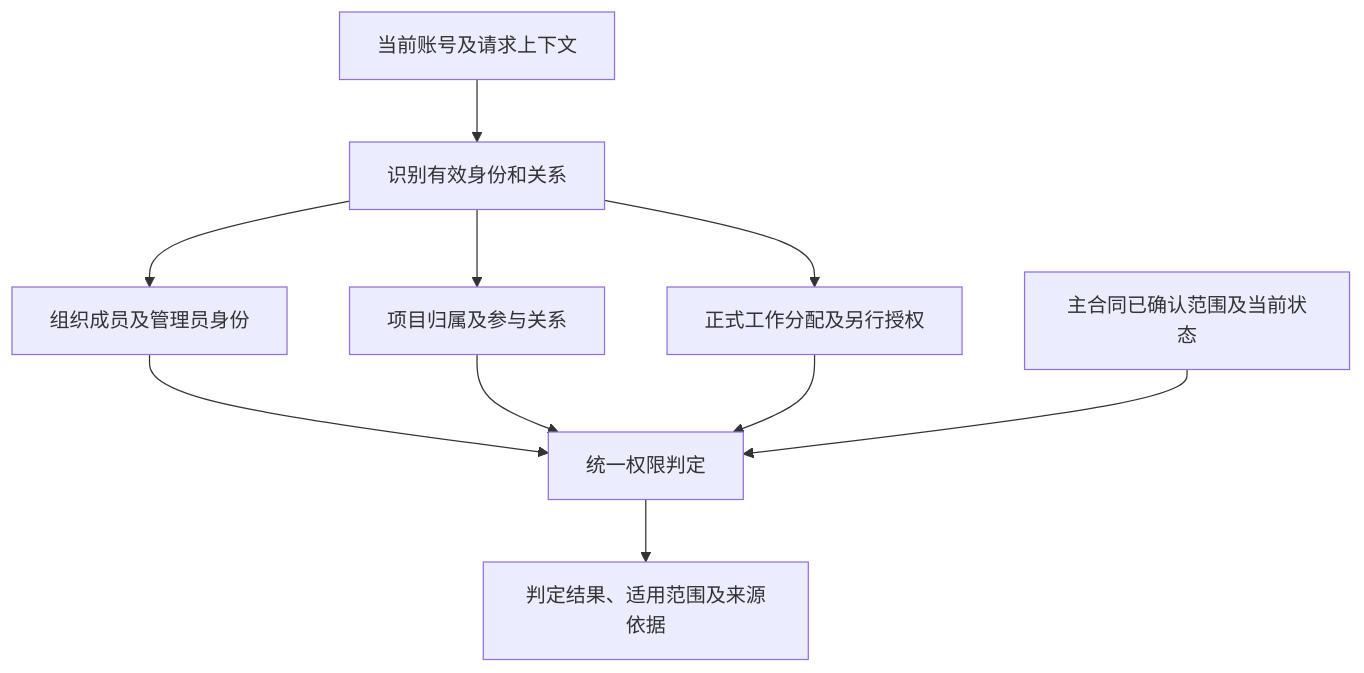
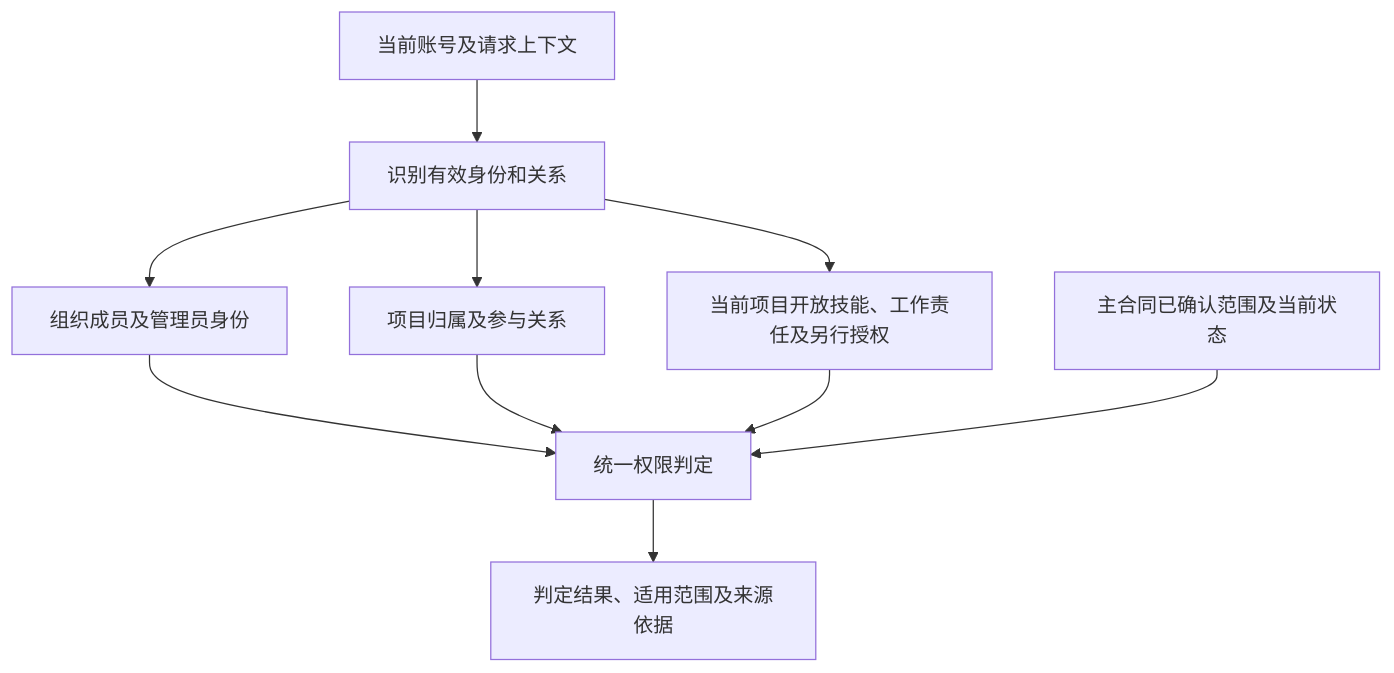
One commit to soupsouptang/StoryBoard_System changed the diagram in next-generation/requirements/PERMISSION_ROLE_MODULE_MATRIX_2026-10-05.md. Above: the diagram before and after it, drawn with Mermaid. The commit also changed other lines of this file, not shown here.

Commit message:
docs: confirm permission architecture boundaries and member lifecycle

````diff
--- a/next-generation/requirements/PERMISSION_ROLE_MODULE_MATRIX_2026-10-05.md
+++ b/next-generation/requirements/PERMISSION_ROLE_MODULE_MATRIX_2026-10-05.md
@@ -151,12 +157,12 @@
 ```mermaid
 flowchart TD
     A["当前账号及请求上下文"] --> B["识别有效身份和关系"]
     B --> C["组织成员及管理员身份"]
     B --> D["项目归属及参与关系"]
-    B --> E["正式工作分配及另行授权"]
+    B --> E["当前项目开放技能、工作责任及另行授权"]
     C --> F["统一权限判定"]
     D --> F
     E --> F
     G["主合同已确认范围及当前状态"] --> F
     F --> H["判定结果、适用范围及来源依据"]
 ```
````
